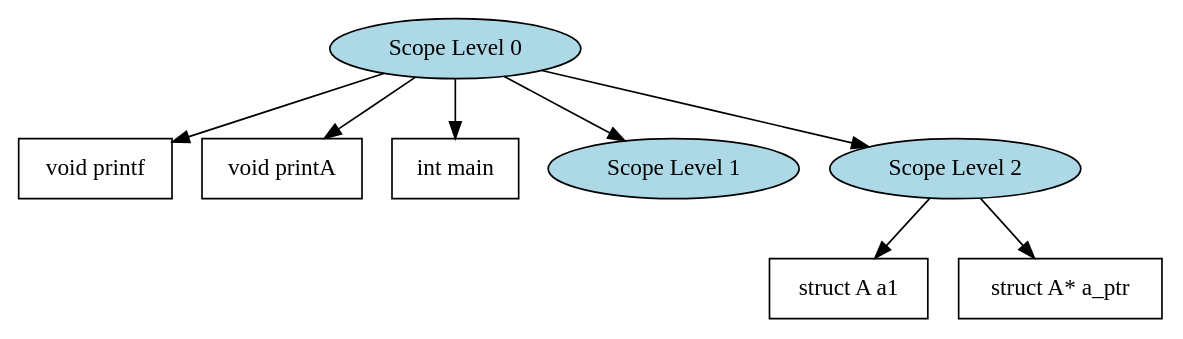
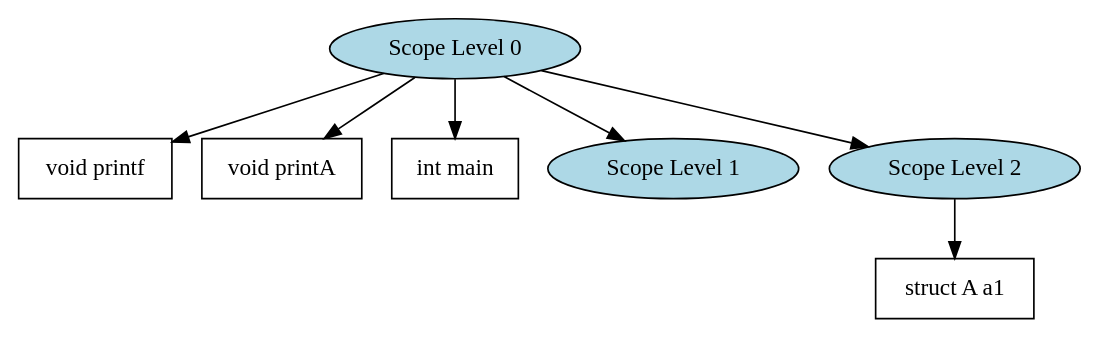
One commit to ArneDePeuter/UA-2024-Compiler changed the diagram in output/in_SymbTable.dot. Above: the diagram before and after it, drawn with Graphviz. The commit also changed 10 other files, not shown here.

```diff
--- a/output/in_SymbTable.dot
+++ b/output/in_SymbTable.dot
@@ -1,17 +1,15 @@
 digraph SymbolTable {
   node1 [label="Scope Level 0", style=filled, fillcolor=lightblue];
   node1 -> node1_printf [color=black];
   node1_printf [label="void printf", shape=box, style=filled, fillcolor=white];
   node1 -> node1_printA [color=black];
   node1_printA [label="void printA", shape=box, style=filled, fillcolor=white];
   node1 -> node1_main [color=black];
   node1_main [label="int main", shape=box, style=filled, fillcolor=white];
   node2 [label="Scope Level 1", style=filled, fillcolor=lightblue];
   node1 -> node2;
   node3 [label="Scope Level 2", style=filled, fillcolor=lightblue];
   node1 -> node3;
   node3 -> node3_a1 [color=black];
   node3_a1 [label="struct A a1", shape=box, style=filled, fillcolor=white];
-  node3 -> node3_a_ptr [color=black];
-  node3_a_ptr [label="struct A* a_ptr", shape=box, style=filled, fillcolor=white];
 }
```
